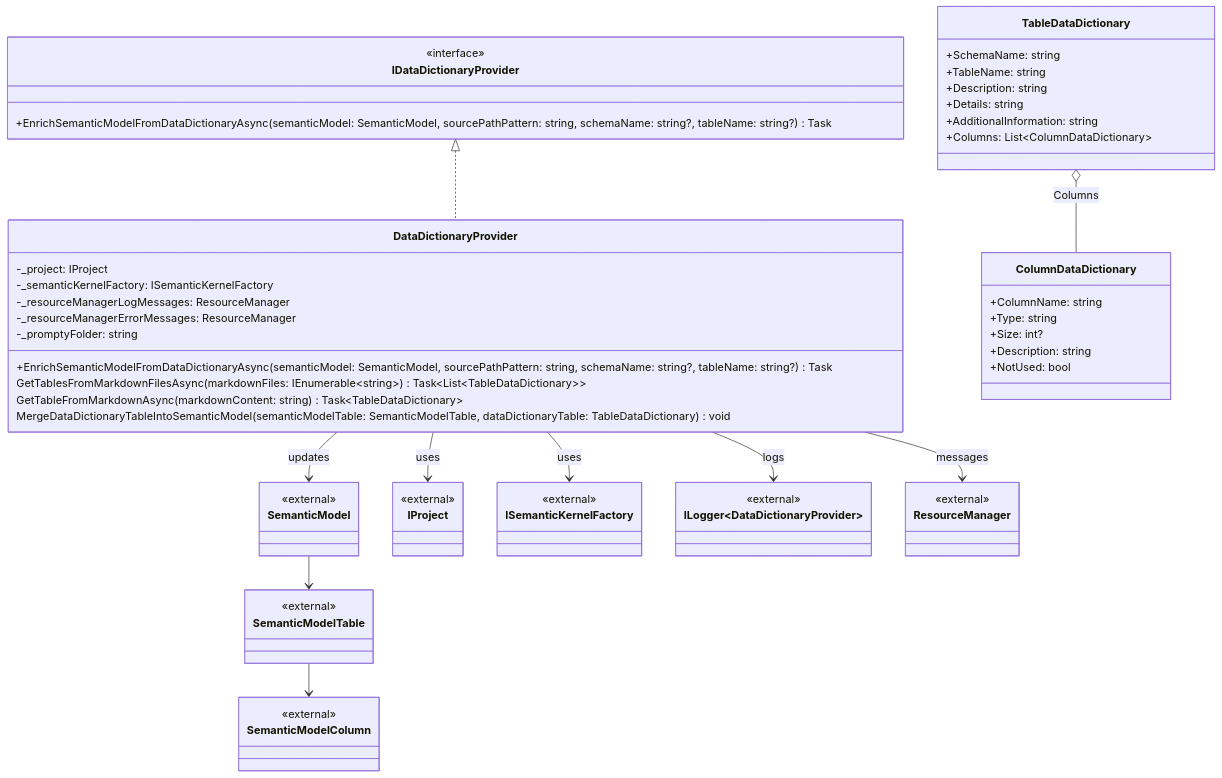
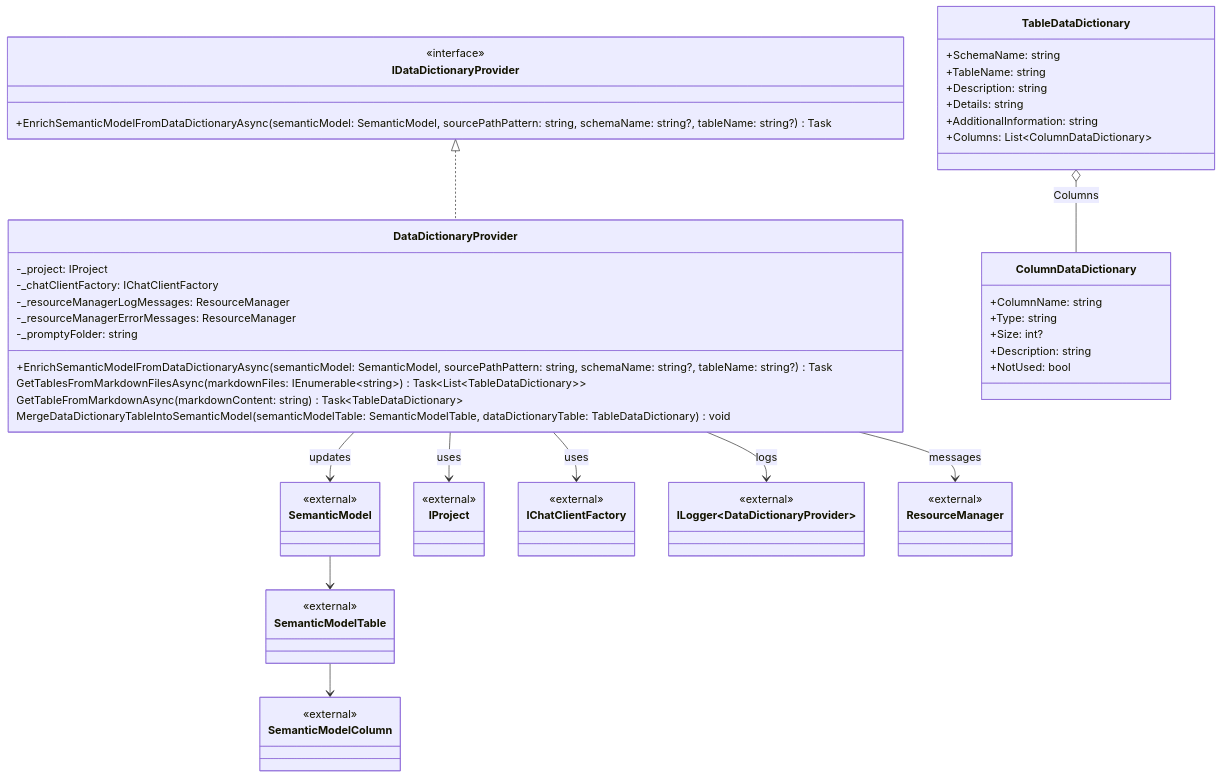
The second of 2 diagrams in docs/components/data-dictionary-documentation.md (PlagueHO/genai-database-explorer), drawn with Mermaid before and after one commit. The commit also changed other lines of this file and 46 other files, not shown here.

First line of the commit message:
TESTS: Add unit tests for SemanticDescriptionProvider

````diff
--- a/docs/components/data-dictionary-documentation.md
+++ b/docs/components/data-dictionary-documentation.md
@@ -86,55 +86,55 @@
 ```mermaid
 classDiagram
   class IDataDictionaryProvider {
     <<interface>>
     +EnrichSemanticModelFromDataDictionaryAsync(semanticModel: SemanticModel, sourcePathPattern: string, schemaName: string?, tableName: string?) Task
   }
 
   class DataDictionaryProvider {
     -_project: IProject
-    -_semanticKernelFactory: ISemanticKernelFactory
+    -_chatClientFactory: IChatClientFactory
     -_resourceManagerLogMessages: ResourceManager
     -_resourceManagerErrorMessages: ResourceManager
     -_promptyFolder: string
     +EnrichSemanticModelFromDataDictionaryAsync(semanticModel: SemanticModel, sourcePathPattern: string, schemaName: string?, tableName: string?) Task
     GetTablesFromMarkdownFilesAsync(markdownFiles: IEnumerable~string~) Task~List~TableDataDictionary~~
     GetTableFromMarkdownAsync(markdownContent: string) Task~TableDataDictionary~
     MergeDataDictionaryTableIntoSemanticModel(semanticModelTable: SemanticModelTable, dataDictionaryTable: TableDataDictionary) void
   }
 
   IDataDictionaryProvider <|.. DataDictionaryProvider
 
   class TableDataDictionary {
     +SchemaName: string
     +TableName: string
     +Description: string
     +Details: string
     +AdditionalInformation: string
     +Columns: List~ColumnDataDictionary~
   }
 
   class ColumnDataDictionary {
     +ColumnName: string
     +Type: string
     +Size: int?
     +Description: string
     +NotUsed: bool
   }
 
   class SemanticModel { <<external>> }
   class SemanticModelTable { <<external>> }
   class SemanticModelColumn { <<external>> }
   class IProject { <<external>> }
-  class ISemanticKernelFactory { <<external>> }
+  class IChatClientFactory { <<external>> }
   class ILogger~DataDictionaryProvider~ { <<external>> }
   class ResourceManager { <<external>> }
 
-  DataDictionaryProvider --> ISemanticKernelFactory : uses
+  DataDictionaryProvider --> IChatClientFactory : uses
   DataDictionaryProvider --> IProject : uses
   DataDictionaryProvider --> ILogger~DataDictionaryProvider~ : logs
   DataDictionaryProvider --> ResourceManager : messages
   DataDictionaryProvider --> SemanticModel : updates
   SemanticModel --> SemanticModelTable
   SemanticModelTable --> SemanticModelColumn
   TableDataDictionary o-- ColumnDataDictionary : Columns
 ```
````
